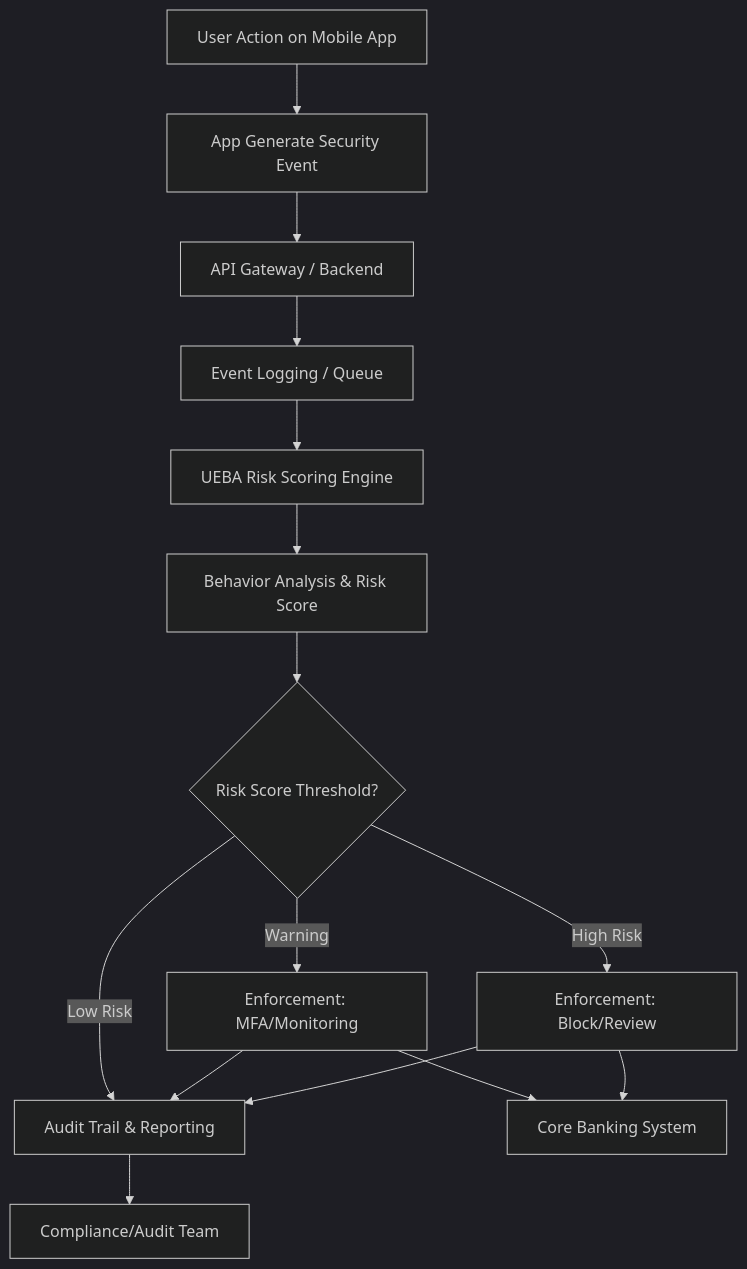
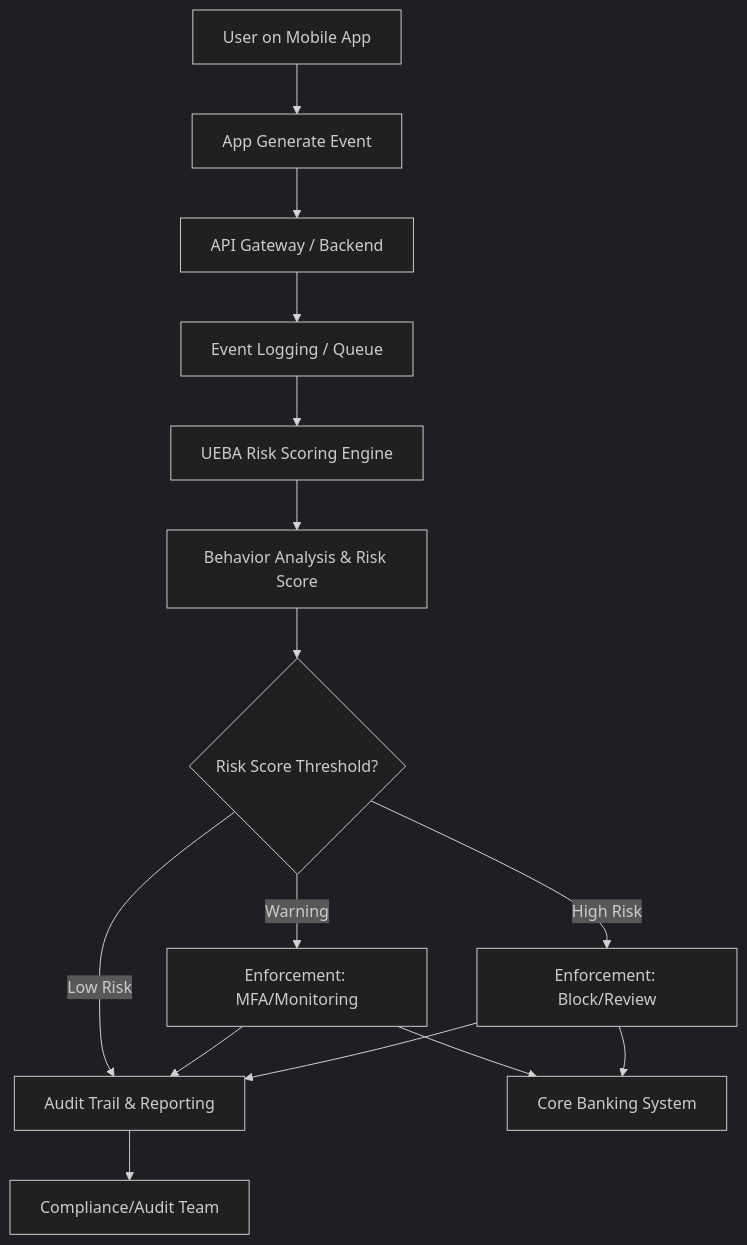
The diagram in prop.md (mdierm/UEBA), drawn with Mermaid (dark theme) before and after one commit. The commit also changed other lines of this file, not shown here.

````diff
--- a/prop.md
+++ b/prop.md
@@ -73,18 +48,17 @@
 ```mermaid
 flowchart TD
-    A1[User Action on Mobile App] --> A2[App Generate Security Event]
+    A1[User on Mobile App] --> A2[App Generate Event]
     A2 --> B1[API Gateway / Backend]
     B1 --> B2[Event Logging / Queue]
     B2 --> C1[UEBA Risk Scoring Engine]
     C1 --> D1[Behavior Analysis & Risk Score]
     D1 --> D2{Risk Score Threshold?}
     D2 -- Low Risk --> E1[Audit Trail & Reporting]
     D2 -- Warning --> F1[Enforcement: MFA/Monitoring]
     D2 -- High Risk --> F2[Enforcement: Block/Review]
     F1 --> E1
     F2 --> E1
     E1 --> G1[Compliance/Audit Team]
     F1 --> H1[Core Banking System]
     F2 --> H1
-
 ```
````
